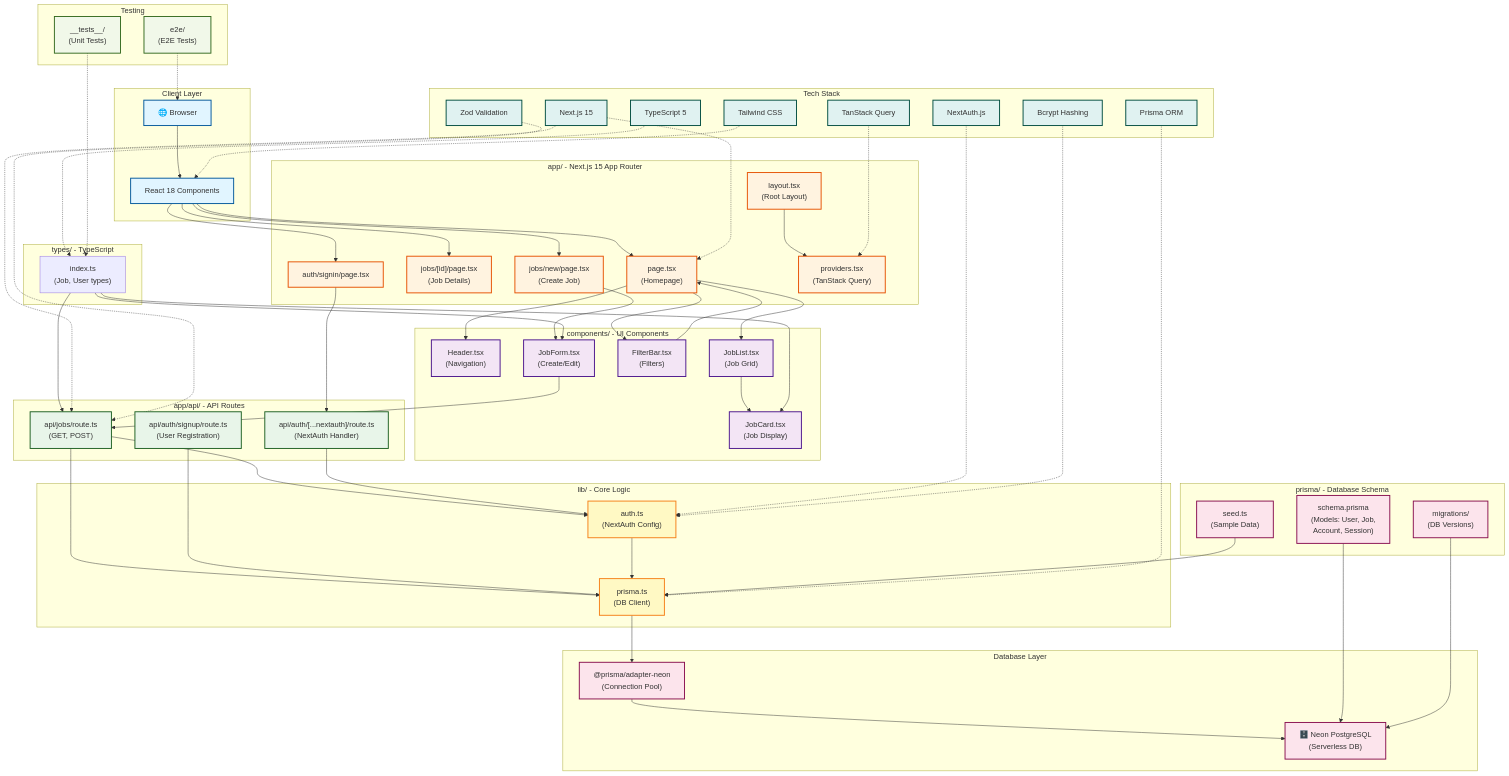
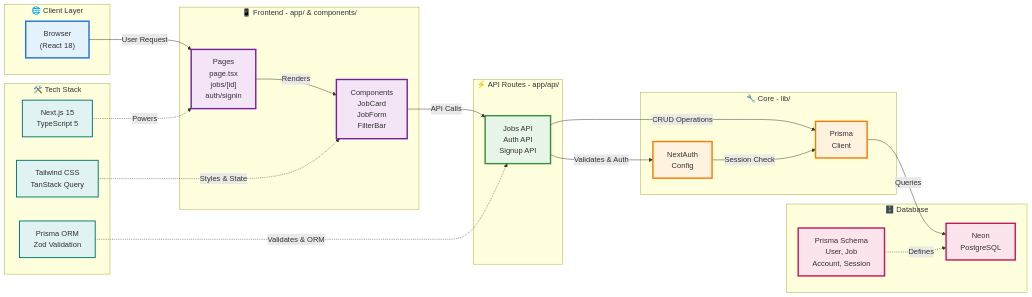
One commit to alwaysvivek/job_board changed the diagram in README.md. Above: the diagram before and after it, drawn with Mermaid.

Commit message:
simplified mermaid diag

````diff
--- a/README.md
+++ b/README.md
@@ -71,140 +71,60 @@
 ```mermaid
-graph TB
-    subgraph "Client Layer"
-        Browser["🌐 Browser"]
-        UI["React 18 Components"]
+graph LR
+    subgraph Client["🌐 Client Layer"]
+        Browser["Browser<br/>(React 18)"]
     end
 
-    subgraph "app/ - Next.js 15 App Router"
-        HomePage["page.tsx<br/>(Homepage)"]
-        JobDetailPage["jobs/[id]/page.tsx<br/>(Job Details)"]
-        NewJobPage["jobs/new/page.tsx<br/>(Create Job)"]
-        SignInPage["auth/signin/page.tsx"]
-        Layout["layout.tsx<br/>(Root Layout)"]
-        Providers["providers.tsx<br/>(TanStack Query)"]
+    subgraph Frontend["📱 Frontend - app/ & components/"]
+        Pages["Pages<br/>page.tsx<br/>jobs/[id]<br/>auth/signin"]
+        Components["Components<br/>JobCard<br/>JobForm<br/>FilterBar"]
     end
 
-    subgraph "components/ - UI Components"
-        Header["Header.tsx<br/>(Navigation)"]
-        JobCard["JobCard.tsx<br/>(Job Display)"]
-        JobList["JobList.tsx<br/>(Job Grid)"]
-        FilterBar["FilterBar.tsx<br/>(Filters)"]
-        JobForm["JobForm.tsx<br/>(Create/Edit)"]
+    subgraph API["⚡ API Routes - app/api/"]
+        Routes["Jobs API<br/>Auth API<br/>Signup API"]
     end
 
-    subgraph "app/api/ - API Routes"
-        JobsAPI["api/jobs/route.ts<br/>(GET, POST)"]
-        AuthAPI["api/auth/[...nextauth]/route.ts<br/>(NextAuth Handler)"]
-        SignupAPI["api/auth/signup/route.ts<br/>(User Registration)"]
+    subgraph Logic["🔧 Core - lib/"]
+        Auth["NextAuth<br/>Config"]
+        DB["Prisma<br/>Client"]
     end
 
-    subgraph "lib/ - Core Logic"
-        AuthConfig["auth.ts<br/>(NextAuth Config)"]
-        PrismaClient["prisma.ts<br/>(DB Client)"]
+    subgraph Database["🗄️ Database"]
+        Postgres["Neon<br/>PostgreSQL"]
+        Schema["Prisma Schema<br/>User, Job<br/>Account, Session"]
     end
 
-    subgraph "Database Layer"
-        Neon["🗄️ Neon PostgreSQL<br/>(Serverless DB)"]
-        PrismaAdapter["@prisma/adapter-neon<br/>(Connection Pool)"]
+    subgraph Stack["🛠️ Tech Stack"]
+        Tech1["Next.js 15<br/>TypeScript 5"]
+        Tech2["Tailwind CSS<br/>TanStack Query"]
+        Tech3["Prisma ORM<br/>Zod Validation"]
     end
 
-    subgraph "prisma/ - Database Schema"
-        Schema["schema.prisma<br/>(Models: User, Job,<br/>Account, Session)"]
-        Migrations["migrations/<br/>(DB Versions)"]
-        Seed["seed.ts<br/>(Sample Data)"]
-    end
+    %% Main Flow
+    Browser -->|User Request| Pages
+    Pages -->|Renders| Components
+    Components -->|API Calls| Routes
+    Routes -->|Validates & Auth| Auth
+    Routes -->|CRUD Operations| DB
+    Auth -->|Session Check| DB
+    DB -->|Queries| Postgres
+    Schema -.->|Defines| Postgres
 
-    subgraph "types/ - TypeScript"
-        Types["index.ts<br/>(Job, User types)"]
-    end
+    %% Tech Stack
+    Tech1 -.->|Powers| Pages
+    Tech2 -.->|Styles & State| Components
+    Tech3 -.->|Validates & ORM| Routes
 
-    subgraph "Testing"
-        Vitest["__tests__/<br/>(Unit Tests)"]
-        Playwright["e2e/<br/>(E2E Tests)"]
-    end
+    classDef clientStyle fill:#e3f2fd,stroke:#1976d2,stroke-width:3px
+    classDef frontendStyle fill:#f3e5f5,stroke:#7b1fa2,stroke-width:3px
+    classDef apiStyle fill:#e8f5e9,stroke:#388e3c,stroke-width:3px
+    classDef logicStyle fill:#fff3e0,stroke:#f57c00,stroke-width:3px
+    classDef dbStyle fill:#fce4ec,stroke:#c2185b,stroke-width:3px
+    classDef techStyle fill:#e0f2f1,stroke:#00796b,stroke-width:2px
 
-    subgraph "Tech Stack"
-        NextJS["Next.js 15"]
-        TypeScript["TypeScript 5"]
-        Tailwind["Tailwind CSS"]
-        Prisma["Prisma ORM"]
-        NextAuth["NextAuth.js"]
-        TanStack["TanStack Query"]
-        Zod["Zod Validation"]
-        Bcrypt["Bcrypt Hashing"]
-    end
-
-    %% Client to App Router
-    Browser --> UI
-    UI --> HomePage
-    UI --> JobDetailPage
-    UI --> NewJobPage
-    UI --> SignInPage
-
-    %% App Router to Components
-    HomePage --> Header
-    HomePage --> FilterBar
-    HomePage --> JobList
-    JobList --> JobCard
-    NewJobPage --> JobForm
-    Layout --> Providers
-
-    %% Components to API
-    JobForm --> JobsAPI
-    SignInPage --> AuthAPI
-    FilterBar --> HomePage
-
-    %% API to Core Logic
-    JobsAPI --> AuthConfig
-    JobsAPI --> PrismaClient
-    AuthAPI --> AuthConfig
-    SignupAPI --> PrismaClient
-    AuthConfig --> PrismaClient
-
-    %% Core Logic to Database
-    PrismaClient --> PrismaAdapter
-    PrismaAdapter --> Neon
-
-    %% Schema to Database
-    Schema --> Neon
-    Migrations --> Neon
-    Seed --> PrismaClient
-
-    %% Types
-    Types --> JobCard
-    Types --> JobForm
-    Types --> JobsAPI
-
-    %% Tech Stack Connections
-    NextJS -.-> HomePage
-    NextJS -.-> JobsAPI
-    TypeScript -.-> Types
-    Tailwind -.-> UI
-    Prisma -.-> PrismaClient
-    NextAuth -.-> AuthConfig
-    TanStack -.-> Providers
-    Zod -.-> JobsAPI
-    Bcrypt -.-> AuthConfig
-
-    %% Testing
-    Vitest -.-> Types
-    Playwright -.-> Browser
-
-    classDef client fill:#e1f5ff,stroke:#01579b,stroke-width:2px
-    classDef router fill:#fff3e0,stroke:#e65100,stroke-width:2px
-    classDef component fill:#f3e5f5,stroke:#4a148c,stroke-width:2px
-    classDef api fill:#e8f5e9,stroke:#1b5e20,stroke-width:2px
-    classDef lib fill:#fff9c4,stroke:#f57f17,stroke-width:2px
-    classDef db fill:#fce4ec,stroke:#880e4f,stroke-width:2px
-    classDef tech fill:#e0f2f1,stroke:#004d40,stroke-width:2px
-    classDef test fill:#f1f8e9,stroke:#33691e,stroke-width:2px
-
-    class Browser,UI client
-    class HomePage,JobDetailPage,NewJobPage,SignInPage,Layout,Providers router
-    class Header,JobCard,JobList,FilterBar,JobForm component
-    class JobsAPI,AuthAPI,SignupAPI api
-    class AuthConfig,PrismaClient lib
-    class Neon,PrismaAdapter,Schema,Migrations,Seed db
-    class NextJS,TypeScript,Tailwind,Prisma,NextAuth,TanStack,Zod,Bcrypt tech
-    class Vitest,Playwright test
+    class Browser clientStyle
+    class Pages,Components frontendStyle
+    class Routes apiStyle
+    class Auth,DB logicStyle
+    class Postgres,Schema dbStyle
+    class Tech1,Tech2,Tech3 techStyle
 ```
````
